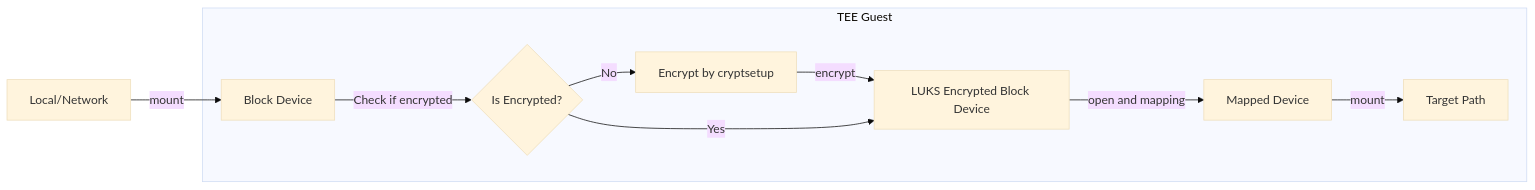
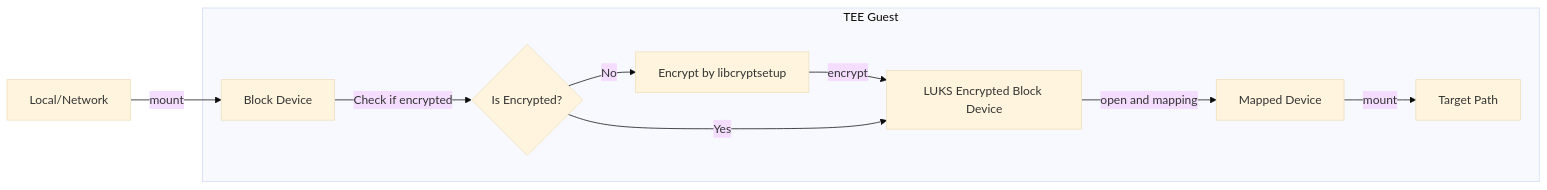
Before and after one commit to confidential-containers/guest-components: the third of 3 diagrams in confidential-data-hub/docs/SECURE_STORAGE.md, drawn with Mermaid (base theme). The commit also changed other lines of this file and 1 other file, not shown here.

````diff
--- a/confidential-data-hub/docs/SECURE_STORAGE.md
+++ b/confidential-data-hub/docs/SECURE_STORAGE.md
@@ -76,12 +98,12 @@
 ```mermaid
 flowchart LR
     A[Local/Network] -- mount --> B[Block Device]
     subgraph TEE Guest
         B -- Check if encrypted --> F{Is Encrypted?}
-        F -- No --> G[Encrypt by cryptsetup]
+        F -- No --> G[Encrypt by libcryptsetup]
         G -- encrypt --> C[LUKS Encrypted Block Device]
         F -- Yes --> C[LUKS Encrypted Block Device]
         C -- open and mapping --> D[Mapped Device]
         D -- mount --> E[Target Path]
     end
 ```
````
